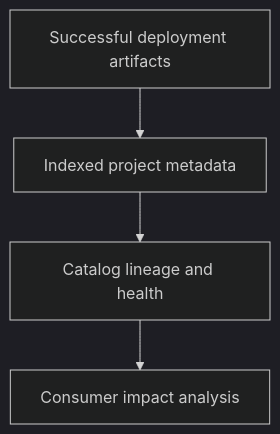
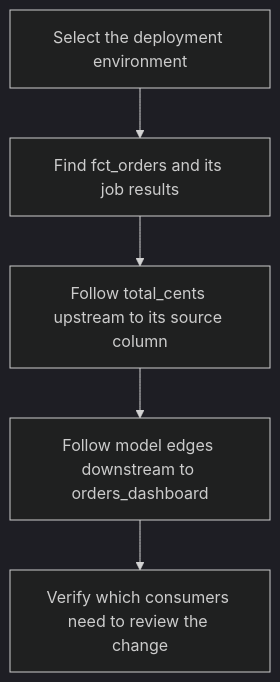
The diagram in docs/lessons/0028-dbt-explorer-catalog-and-column-level-lineage.md (Rohit1024/dbt-learn), drawn with Mermaid (dark theme) before and after one commit. The commit also changed other lines of this file and 4 other files, not shown here.

````diff
--- a/docs/lessons/0028-dbt-explorer-catalog-and-column-level-lineage.md
+++ b/docs/lessons/0028-dbt-explorer-catalog-and-column-level-lineage.md
@@ -7,8 +14,7 @@
 ```mermaid
 flowchart TD
-    A["Successful deployment artifacts"]
-    B["Indexed project metadata"]
-    C["Catalog lineage and health"]
-    D["Consumer impact analysis"]
-    A --> B --> C --> D
+    A["Select the deployment environment"] --> B["Find fct_orders and its job results"]
+    B --> C["Follow total_cents upstream to its source column"]
+    C --> D["Follow model edges downstream to orders_dashboard"]
+    D --> E["Verify which consumers need to review the change"]
 ```
````
